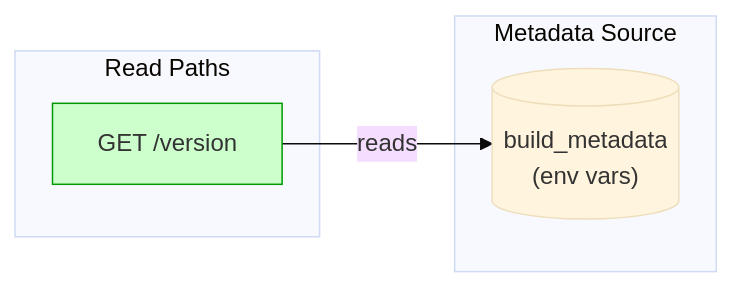
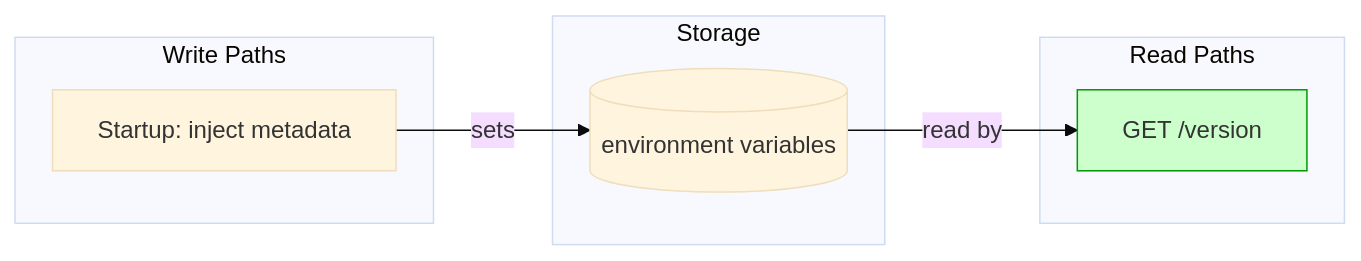
One commit to guardkit/api_test changed the first of 2 diagrams in tasks/backlog/version-endpoint/IMPLEMENTATION-GUIDE.md. Above: the diagram before and after it, drawn with Mermaid (base theme). The commit also changed other lines of this file and 5 other files, not shown here.

````diff
--- a/tasks/backlog/version-endpoint/IMPLEMENTATION-GUIDE.md
+++ b/tasks/backlog/version-endpoint/IMPLEMENTATION-GUIDE.md
@@ -8,14 +9,19 @@
 ```mermaid
 flowchart LR
+    subgraph Writes["Write Paths"]
+        W1["Startup: inject metadata"]
+    end
+
+    subgraph Storage["Storage"]
+        S1[("environment variables")]
+    end
+
     subgraph Reads["Read Paths"]
         R1["GET /version"]
     end
 
-    subgraph Storage["Metadata Source"]
-        S1[("build_metadata\n(env vars)")]
-    end
-
-    R1 -->|"reads"| S1
+    W1 -->|"sets"| S1
+    S1 -->|"read by"| R1
 
     style R1 fill:#cfc,stroke:#090
 ```
````
